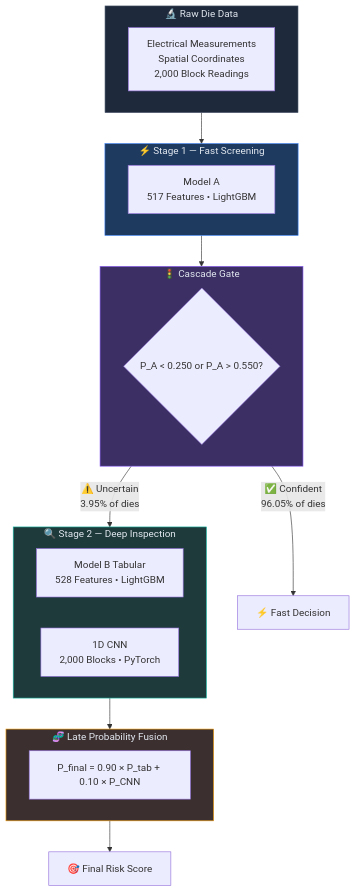
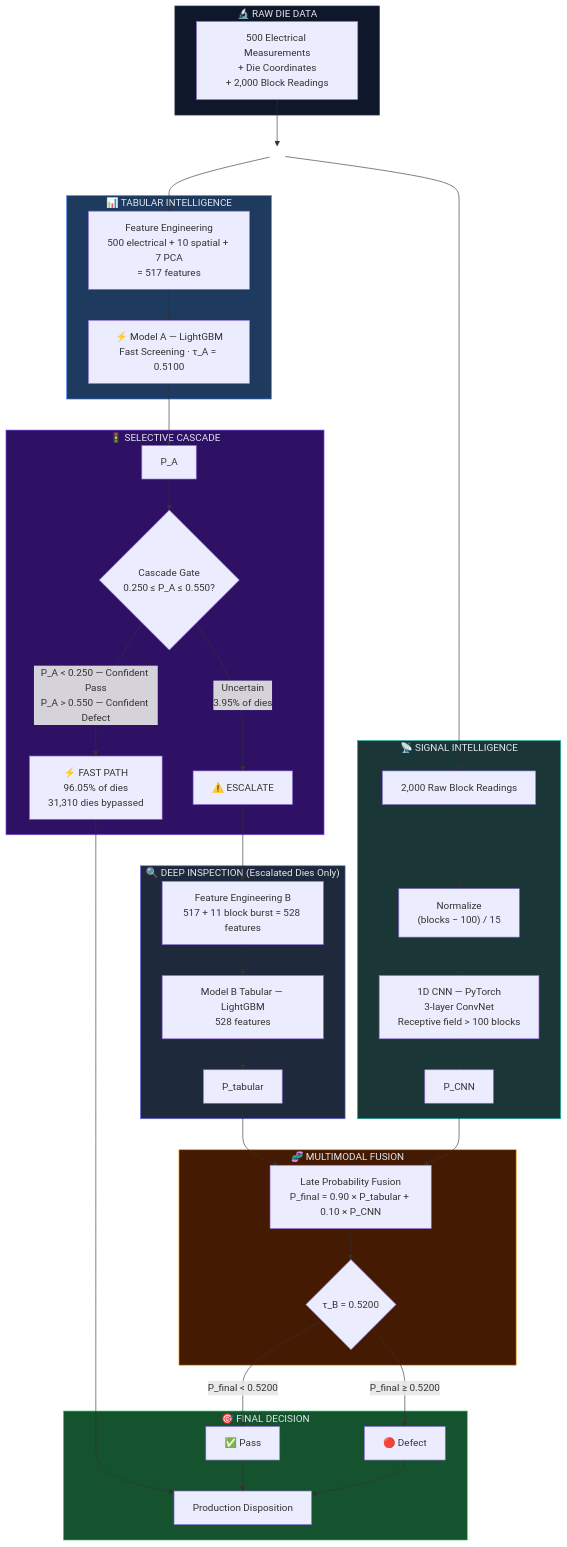
The first of 4 diagrams in Hackathon Problem - Die Yield Prediction/README.md (TROJAN1HAMMER/sandisk-cerebrum), drawn with Mermaid before and after one commit. The commit also changed other lines of this file, not shown here.

````diff
--- a/Hackathon Problem - Die Yield Prediction/README.md
+++ b/Hackathon Problem - Die Yield Prediction/README.md
@@ -113,37 +113,59 @@
 ```mermaid
-flowchart TB
-    subgraph INPUT["🔬 Raw Die Data"]
-        RAW["Electrical Measurements<br/>Spatial Coordinates<br/>2,000 Block Readings"]
+flowchart TD
+    subgraph INPUT["🔬 RAW DIE DATA"]
+        RAW["500 Electrical Measurements\n+ Die Coordinates\n+ 2,000 Block Readings"]
     end
 
-    subgraph STAGE1["⚡ Stage 1 — Fast Screening"]
-        MA["Model A<br/>517 Features • LightGBM"]
+    RAW --> SPLIT{" "}
+
+    subgraph TABULAR["📊 TABULAR INTELLIGENCE"]
+        FE_A["Feature Engineering\n500 electrical + 10 spatial + 7 PCA\n= 517 features"]
+        FE_A --> MA["⚡ Model A — LightGBM\nFast Screening · τ_A = 0.5100"]
     end
 
-    subgraph GATE["🚦 Cascade Gate"]
-        CG{"P_A < 0.250 or P_A > 0.550?"}
+    subgraph SIGNAL["📡 SIGNAL INTELLIGENCE"]
+        BLOCKS["2,000 Raw Block Readings"]
+        BLOCKS --> NORM["Normalize\n(blocks − 100) / 15"]
+        NORM --> CNN["1D CNN — PyTorch\n3-layer ConvNet\nReceptive field > 100 blocks"]
+        CNN --> PCNN["P_CNN"]
     end
 
-    subgraph STAGE2["🔍 Stage 2 — Deep Inspection"]
-        direction LR
-        MB["Model B Tabular<br/>528 Features • LightGBM"]
-        CNN["1D CNN<br/>2,000 Blocks • PyTorch"]
+    SPLIT --> FE_A
+    SPLIT --> BLOCKS
+
+    subgraph CASCADE["🚦 SELECTIVE CASCADE"]
+        MA --> PA["P_A"]
+        PA --> GATE{"Cascade Gate\n0.250 ≤ P_A ≤ 0.550?"}
+        GATE -->|"P_A < 0.250 — Confident Pass\nP_A > 0.550 — Confident Defect"| FAST["⚡ FAST PATH\n96.05% of dies\n31,310 dies bypassed"]
+        GATE -->|"Uncertain\n3.95% of dies"| ESC["⚠️ ESCALATE"]
     end
 
-    subgraph FUSION["🧬 Late Probability Fusion"]
-        LF["P_final = 0.90 × P_tab + 0.10 × P_CNN"]
+    subgraph DEEP["🔍 DEEP INSPECTION (Escalated Dies Only)"]
+        ESC --> FE_B["Feature Engineering B\n517 + 11 block burst = 528 features"]
+        FE_B --> MB["Model B Tabular — LightGBM\n528 features"]
+        MB --> PTAB["P_tabular"]
     end
 
-    INPUT --> STAGE1
-    STAGE1 --> GATE
-    GATE -->|"✅ Confident<br/>96.05% of dies"| FAST["⚡ Fast Decision"]
-    GATE -->|"⚠️ Uncertain<br/>3.95% of dies"| STAGE2
-    STAGE2 --> FUSION
-    FUSION --> FINAL["🎯 Final Risk Score"]
+    subgraph FUSION["🧬 MULTIMODAL FUSION"]
+        PTAB --> FUSE["Late Probability Fusion\nP_final = 0.90 × P_tabular + 0.10 × P_CNN"]
+        PCNN --> FUSE
+        FUSE --> DECISION{"τ_B = 0.5200"}
+    end
 
-    style INPUT fill:#1e293b,stroke:#475569,color:#e2e8f0
-    style STAGE1 fill:#1e3a5f,stroke:#3b82f6,color:#e2e8f0
-    style GATE fill:#3b2f63,stroke:#8b5cf6,color:#e2e8f0
-    style STAGE2 fill:#1e3a3a,stroke:#14b8a6,color:#e2e8f0
-    style FUSION fill:#3b2f2f,stroke:#f59e0b,color:#e2e8f0
+    subgraph OUTPUT["🎯 FINAL DECISION"]
+        FAST --> RESULT["Production Disposition"]
+        DECISION -->|"P_final < 0.5200"| PASS["✅ Pass"]
+        DECISION -->|"P_final ≥ 0.5200"| FAIL["🔴 Defect"]
+        PASS --> RESULT
+        FAIL --> RESULT
+    end
+
+    style INPUT fill:#0f172a,stroke:#334155,color:#e2e8f0
+    style TABULAR fill:#1e3a5f,stroke:#3b82f6,color:#e2e8f0
+    style SIGNAL fill:#1a3636,stroke:#14b8a6,color:#e2e8f0
+    style CASCADE fill:#2e1065,stroke:#8b5cf6,color:#e2e8f0
+    style DEEP fill:#1e293b,stroke:#6366f1,color:#e2e8f0
+    style FUSION fill:#451a03,stroke:#f59e0b,color:#e2e8f0
+    style OUTPUT fill:#14532d,stroke:#22c55e,color:#e2e8f0
+    style SPLIT fill:none,stroke:none
 ```
````
